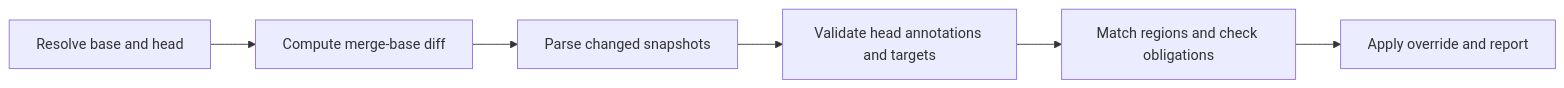
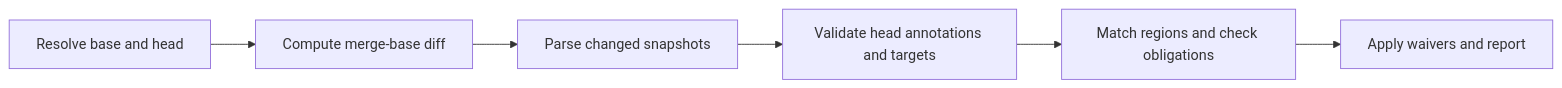
The diagram in spec.md (jiahao-deepmorph/ifttt), drawn with Mermaid before and after one commit. The commit also changed other lines of this file and 5 other files, not shown here.

````diff
--- a/spec.md
+++ b/spec.md
@@ -169,8 +169,8 @@
 ```mermaid
 flowchart LR
   A[Resolve base and head] --> B[Compute merge-base diff]
   B --> C[Parse changed snapshots]
   C --> D[Validate head annotations and targets]
   D --> E[Match regions and check obligations]
-  E --> F[Apply override and report]
+  E --> F[Apply waivers and report]
 ```
````
